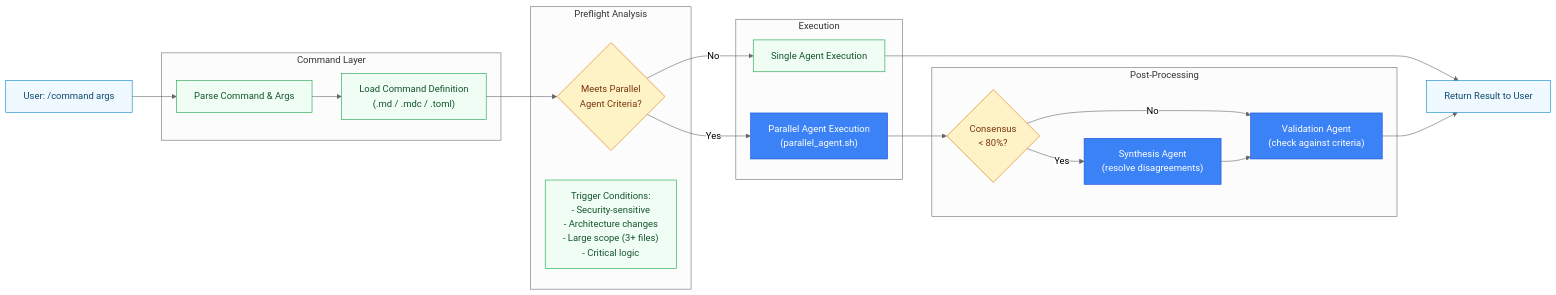
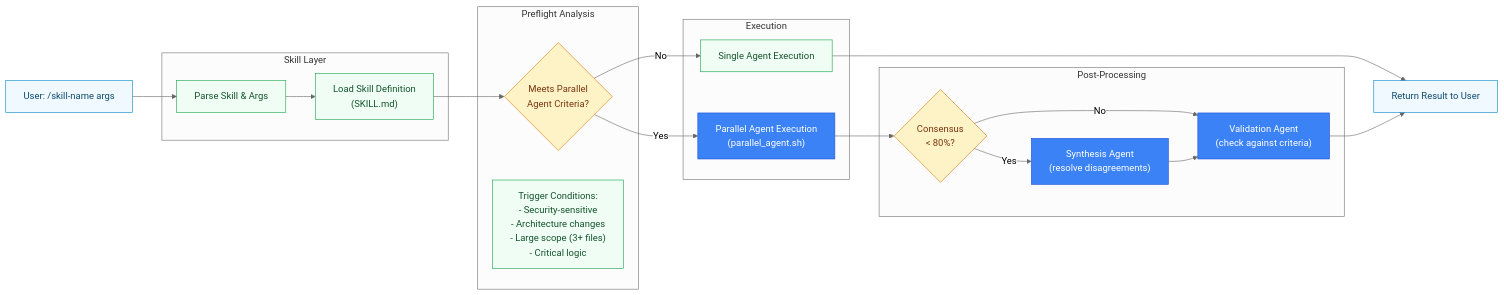
Before and after one commit to RB-chrismandich/Manifest: the sixth of 13 diagrams in docs/ARCHITECTURE_DIAGRAMS.md, drawn with Mermaid. The commit also changed other lines of this file and 68 other files, not shown here.

````diff
--- a/docs/ARCHITECTURE_DIAGRAMS.md
+++ b/docs/ARCHITECTURE_DIAGRAMS.md
@@ -530,48 +530,48 @@
 ```mermaid
 %%{init: {'theme':'neutral'}}%%
 flowchart LR
     classDef input fill:#f0f9ff,stroke:#0284c7,color:#0c4a6e
     classDef process fill:#f0fdf4,stroke:#16a34a,color:#14532d
     classDef decision fill:#fef3c7,stroke:#d97706,color:#78350f
     classDef external fill:#3b82f6,stroke:#1d4ed8,color:#fff
 
-    USER["User: /command args"]:::input
+    USER["User: /skill-name args"]:::input
 
-    subgraph "Command Layer"
-        PARSE["Parse Command & Args"]:::process
-        LOAD_CMD["Load Command Definition<br/>(.md / .mdc / .toml)"]:::process
+    subgraph "Skill Layer"
+        PARSE["Parse Skill & Args"]:::process
+        LOAD_CMD["Load Skill Definition<br/>(SKILL.md)"]:::process
     end
 
     subgraph "Preflight Analysis"
         CHECK_CRITERIA{"Meets Parallel<br/>Agent Criteria?"}:::decision
         TRIGGER["Trigger Conditions:<br/>- Security-sensitive<br/>- Architecture changes<br/>- Large scope (3+ files)<br/>- Critical logic"]:::process
     end
 
     subgraph "Execution"
         SINGLE["Single Agent Execution"]:::process
         PARALLEL["Parallel Agent Execution<br/>(parallel_agent.sh)"]:::external
     end
 
     subgraph "Post-Processing"
         SYNTHESIS{"Consensus<br/>< 80%?"}:::decision
         SYNTH_AGENT["Synthesis Agent<br/>(resolve disagreements)"]:::external
         VALIDATION["Validation Agent<br/>(check against criteria)"]:::external
     end
 
     OUTPUT["Return Result to User"]:::input
 
     USER --> PARSE
     PARSE --> LOAD_CMD
     LOAD_CMD --> CHECK_CRITERIA
 
     CHECK_CRITERIA -->|Yes| PARALLEL
     CHECK_CRITERIA -->|No| SINGLE
 
     PARALLEL --> SYNTHESIS
     SINGLE --> OUTPUT
 
     SYNTHESIS -->|Yes| SYNTH_AGENT
     SYNTHESIS -->|No| VALIDATION
     SYNTH_AGENT --> VALIDATION
     VALIDATION --> OUTPUT
 ```
````
